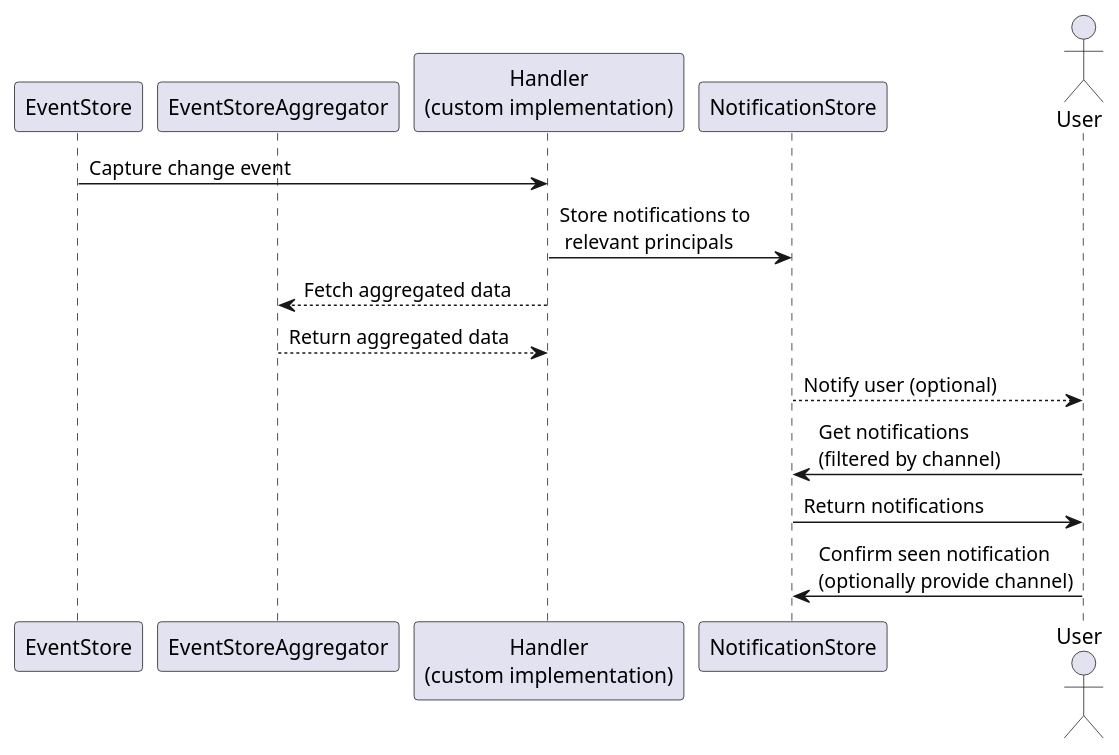
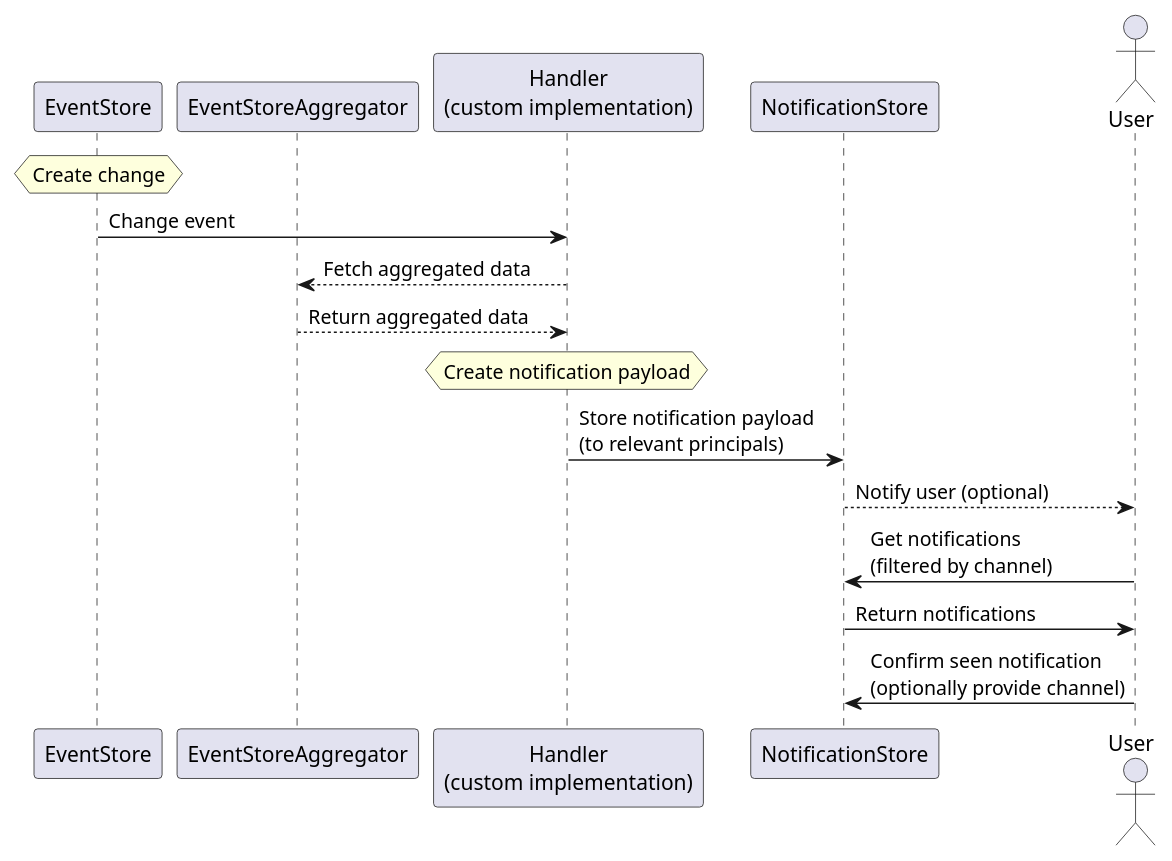
The diagram in resources/diagram.puml (graphql-services/event-store-notifications), drawn with PlantUML before and after one commit. The commit also changed 3 other files, not shown here.

Commit message:
Update Diagram

```diff
--- a/resources/diagram.puml
+++ b/resources/diagram.puml
@@ -1,18 +1,20 @@
-@startuml diagram
+@startuml
+
 participant EventStore
 participant EventStoreAggregator
 participant "Handler\n(custom implementation)" as Handler
 participant NotificationStore
 actor User
 
-EventStore -> Handler : Capture change event
-Handler -> NotificationStore : Store notifications to\n relevant principals
+hnote over EventStore: Create change
+EventStore -> Handler : Change event
 Handler --> EventStoreAggregator : Fetch aggregated data
 EventStoreAggregator --> Handler : Return aggregated data
+hnote over Handler: Create notification payload
+Handler -> NotificationStore : Store notification payload \n(to relevant principals)
 NotificationStore --> User : Notify user (optional)
 User -> NotificationStore : Get notifications\n(filtered by channel)
 NotificationStore -> User : Return notifications
 User -> NotificationStore : Confirm seen notification\n(optionally provide channel)
 
-
 @enduml
```
